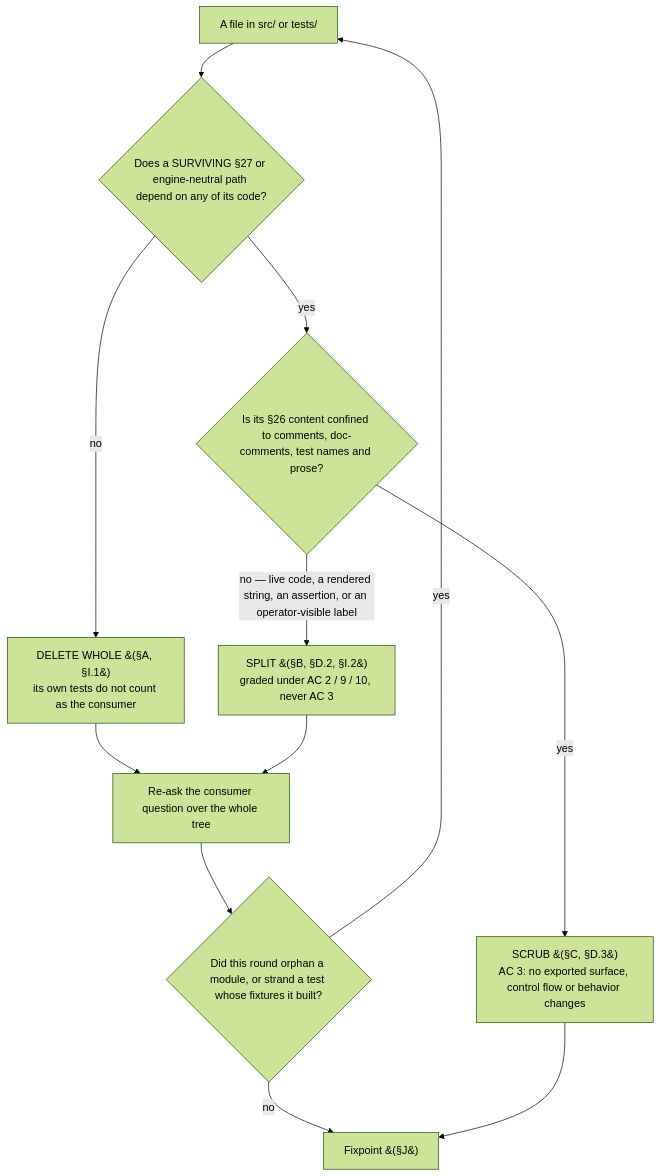
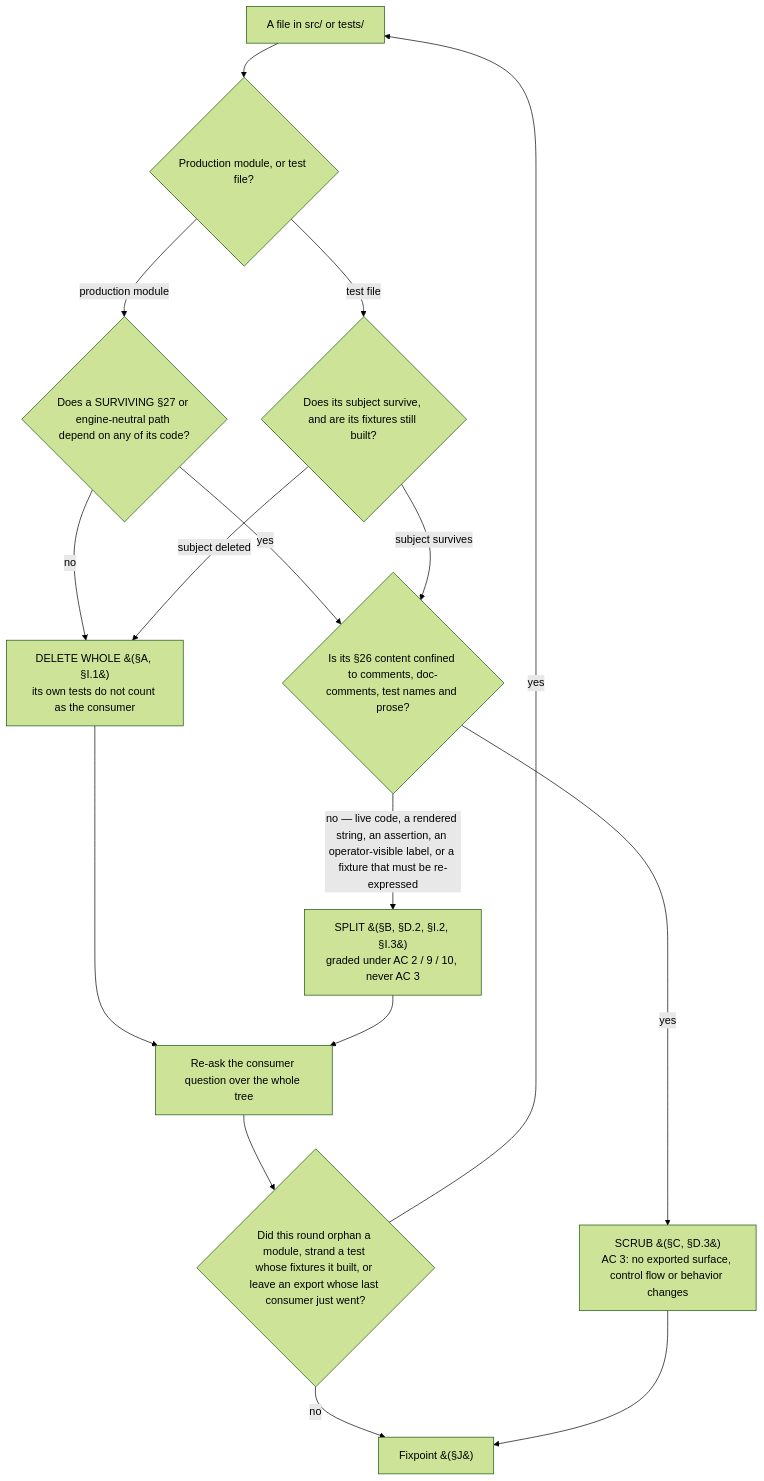
Before and after one commit to dylanb/agent-terminal: the diagram in docs/n8-deletion-list.md, drawn with Mermaid (forest theme). The commit also changed other lines of this file, not shown here.

````diff
--- a/docs/n8-deletion-list.md
+++ b/docs/n8-deletion-list.md
@@ -66,14 +93,18 @@
 ```mermaid
 flowchart TD
-  F["A file in src/ or tests/"] --> Q1{"Does a SURVIVING §27 or engine-neutral path depend on any of its code?"}
+  F["A file in src/ or tests/"] --> K{"Production module, or test file?"}
+  K -->|"production module"| Q1{"Does a SURVIVING §27 or engine-neutral path depend on any of its code?"}
+  K -->|"test file"| QT{"Does its subject survive, and are its fixtures still built?"}
   Q1 -->|"no"| DW["DELETE WHOLE &#40;§A, §I.1&#41;<br/>its own tests do not count as the consumer"]
+  QT -->|"subject deleted"| DW
   Q1 -->|"yes"| Q2{"Is its §26 content confined to comments, doc-comments, test names and prose?"}
-  Q2 -->|"no — live code, a rendered string, an assertion, or an operator-visible label"| SP["SPLIT &#40;§B, §D.2, §I.2&#41;<br/>graded under AC 2 / 9 / 10, never AC 3"]
+  QT -->|"subject survives"| Q2
+  Q2 -->|"no — live code, a rendered string, an assertion, an operator-visible label, or a fixture that must be re-expressed"| SP["SPLIT &#40;§B, §D.2, §I.2, §I.3&#41;<br/>graded under AC 2 / 9 / 10, never AC 3"]
   Q2 -->|"yes"| SC["SCRUB &#40;§C, §D.3&#41;<br/>AC 3: no exported surface, control flow or behavior changes"]
   DW --> FIX["Re-ask the consumer question over the whole tree"]
   SP --> FIX
-  FIX --> Q3{"Did this round orphan a module, or strand a test whose fixtures it built?"}
+  FIX --> Q3{"Did this round orphan a module, strand a test whose fixtures it built, or leave an export whose last consumer just went?"}
   Q3 -->|"yes"| F
   Q3 -->|"no"| DONE["Fixpoint &#40;§J&#41;"]
   SC --> DONE
 ```
````
